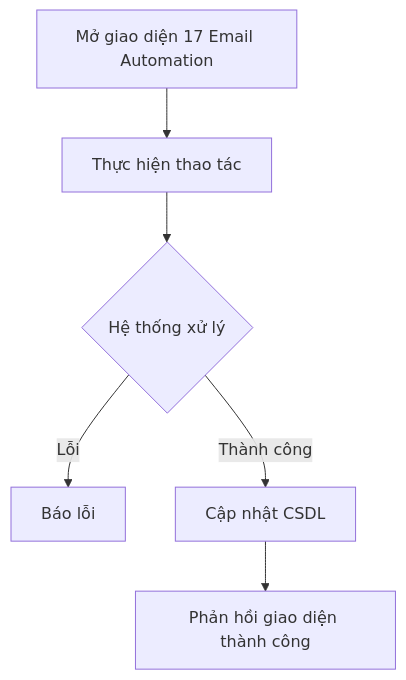
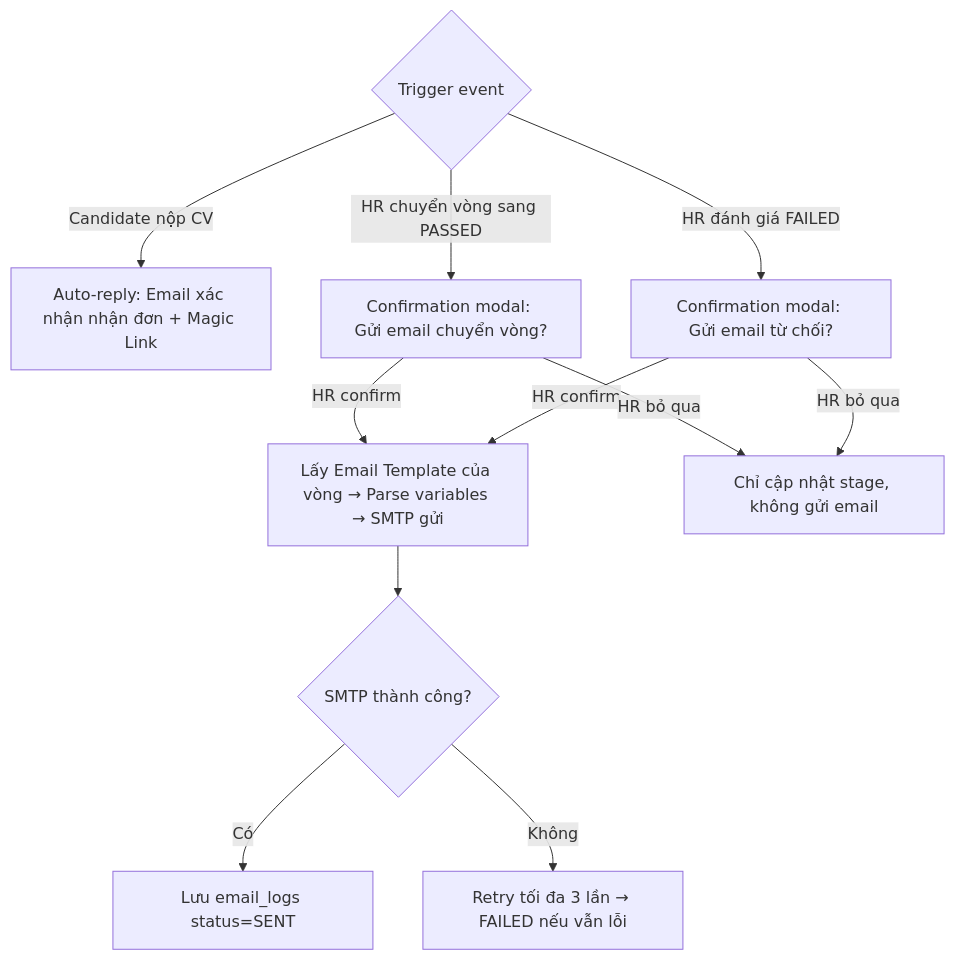
One commit to VanHaPtit/EasyTech_FE changed the diagram in nghiep_vu/epic-04_Pipeline_Automation/user-story-17_Email_Automation/user-story.md. Above: the diagram before and after it, drawn with Mermaid. The commit also changed other lines of this file and 290 other files, not shown here.

````diff
--- a/nghiep_vu/epic-04_Pipeline_Automation/user-story-17_Email_Automation/user-story.md
+++ b/nghiep_vu/epic-04_Pipeline_Automation/user-story-17_Email_Automation/user-story.md
@@ -11,8 +11,13 @@
 ```mermaid
 graph TD
-    A[Mở giao diện 17 Email Automation] --> B[Thực hiện thao tác]
-    B --> C{Hệ thống xử lý}
-    C -- Lỗi --> D[Báo lỗi]
-    C -- Thành công --> E[Cập nhật CSDL]
-    E --> F[Phản hồi giao diện thành công]
+    A{Trigger event} -- Candidate nộp CV --> B1[Auto-reply: Email xác nhận nhận đơn + Magic Link]
+    A -- HR chuyển vòng sang PASSED --> B2[Confirmation modal: Gửi email chuyển vòng?]
+    A -- HR đánh giá FAILED --> B3[Confirmation modal: Gửi email từ chối?]
+    B2 -- HR confirm --> C[Lấy Email Template của vòng → Parse variables → SMTP gửi]
+    B3 -- HR confirm --> C
+    B2 -- HR bỏ qua --> D[Chỉ cập nhật stage, không gửi email]
+    B3 -- HR bỏ qua --> D
+    C --> E{SMTP thành công?}
+    E -- Có --> F[Lưu email_logs status=SENT]
+    E -- Không --> G[Retry tối đa 3 lần → FAILED nếu vẫn lỗi]
 ```
````
